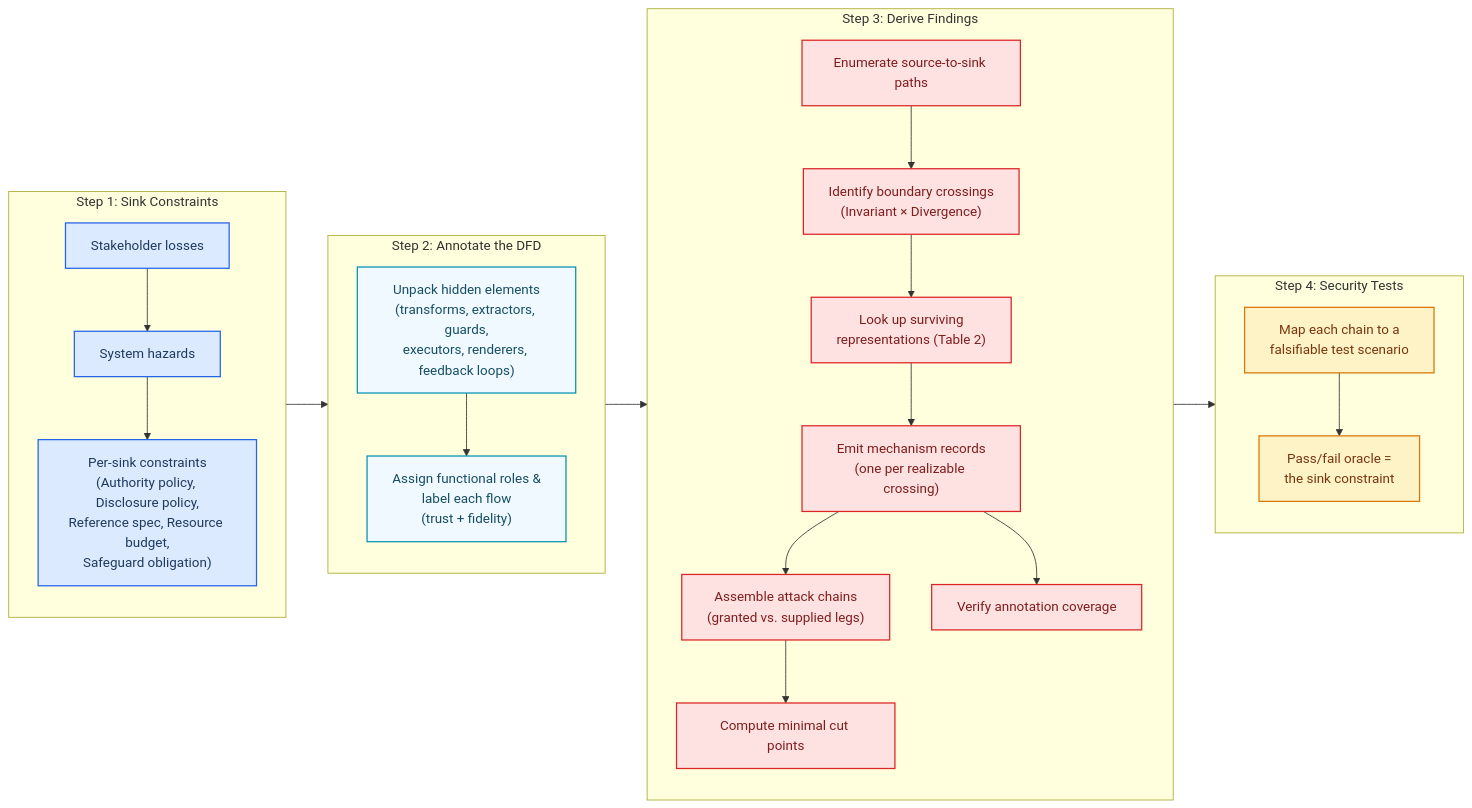
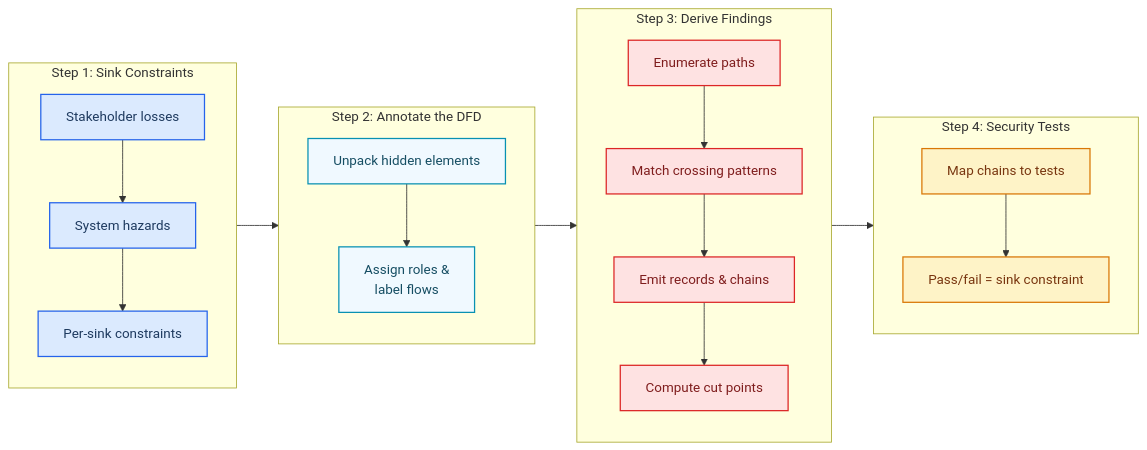
The fifth of 19 diagrams in whitepapers/modality_agnostic_taxonomy.md (cosai-oasis/ws4-secure-design-agentic-systems), drawn with Mermaid before and after one commit. The commit also changed other lines of this file, not shown here.

````diff
--- a/whitepapers/modality_agnostic_taxonomy.md
+++ b/whitepapers/modality_agnostic_taxonomy.md
@@ -630,50 +580,45 @@
 ```mermaid
 flowchart LR
     subgraph STEP1["Step 1: Sink Constraints"]
         direction TB
         L["Stakeholder losses"]
         H["System hazards"]
-        SC["Per-sink constraints<br/>(Authority policy, Disclosure policy,<br/>Reference spec, Resource budget,<br/>Safeguard obligation)"]
+        SC["Per-sink constraints"]
         L --> H --> SC
     end
 
     subgraph STEP2["Step 2: Annotate the DFD"]
         direction TB
-        CK["Unpack hidden elements<br/>(transforms, extractors, guards,<br/>executors, renderers, feedback loops)"]
-        RF["Assign functional roles &<br/>label each flow<br/>(trust + fidelity)"]
+        CK["Unpack hidden elements"]
+        RF["Assign roles &<br/>label flows"]
         CK --> RF
     end
 
     subgraph STEP3["Step 3: Derive Findings"]
         direction TB
-        P["Enumerate source-to-sink paths"]
-        X["Identify boundary crossings<br/>(Invariant × Divergence)"]
-        REP["Look up surviving<br/>representations (Table 2)"]
-        MR["Emit mechanism records<br/>(one per realizable crossing)"]
-        CH["Assemble attack chains<br/>(granted vs. supplied legs)"]
-        CP["Compute minimal cut points"]
-        AUD["Verify annotation coverage"]
-        P --> X --> REP --> MR
-        MR --> CH --> CP
-        MR --> AUD
+        P["Enumerate paths"]
+        X["Match crossing patterns"]
+        MR["Emit records & chains"]
+        CP["Compute cut points"]
+        P --> X --> MR --> CP
     end
 
     subgraph STEP4["Step 4: Security Tests"]
         direction TB
-        T["Map each chain to a<br/>falsifiable test scenario"]
-        O["Pass/fail oracle =<br/>the sink constraint"]
+        T["Map chains to tests"]
+        O["Pass/fail = sink constraint"]
         T --> O
     end
 
     STEP1 --> STEP2 --> STEP3 --> STEP4
 
     classDef step1 fill:#dbeafe,stroke:#2563eb,stroke-width:1.5px,color:#1e3a5f
     classDef step2 fill:#f0f9ff,stroke:#0891b2,stroke-width:1.5px,color:#164e63
     classDef step3 fill:#fee2e2,stroke:#dc2626,stroke-width:1.5px,color:#7f1d1d
     classDef step4 fill:#fef3c7,stroke:#d97706,stroke-width:1.5px,color:#78350f
 
     class L,H,SC step1
     class CK,RF step2
-    class P,X,REP,MR,CH,CP,AUD step3
+    class P,X,MR,CP step3
     class T,O step4
 ```
````
